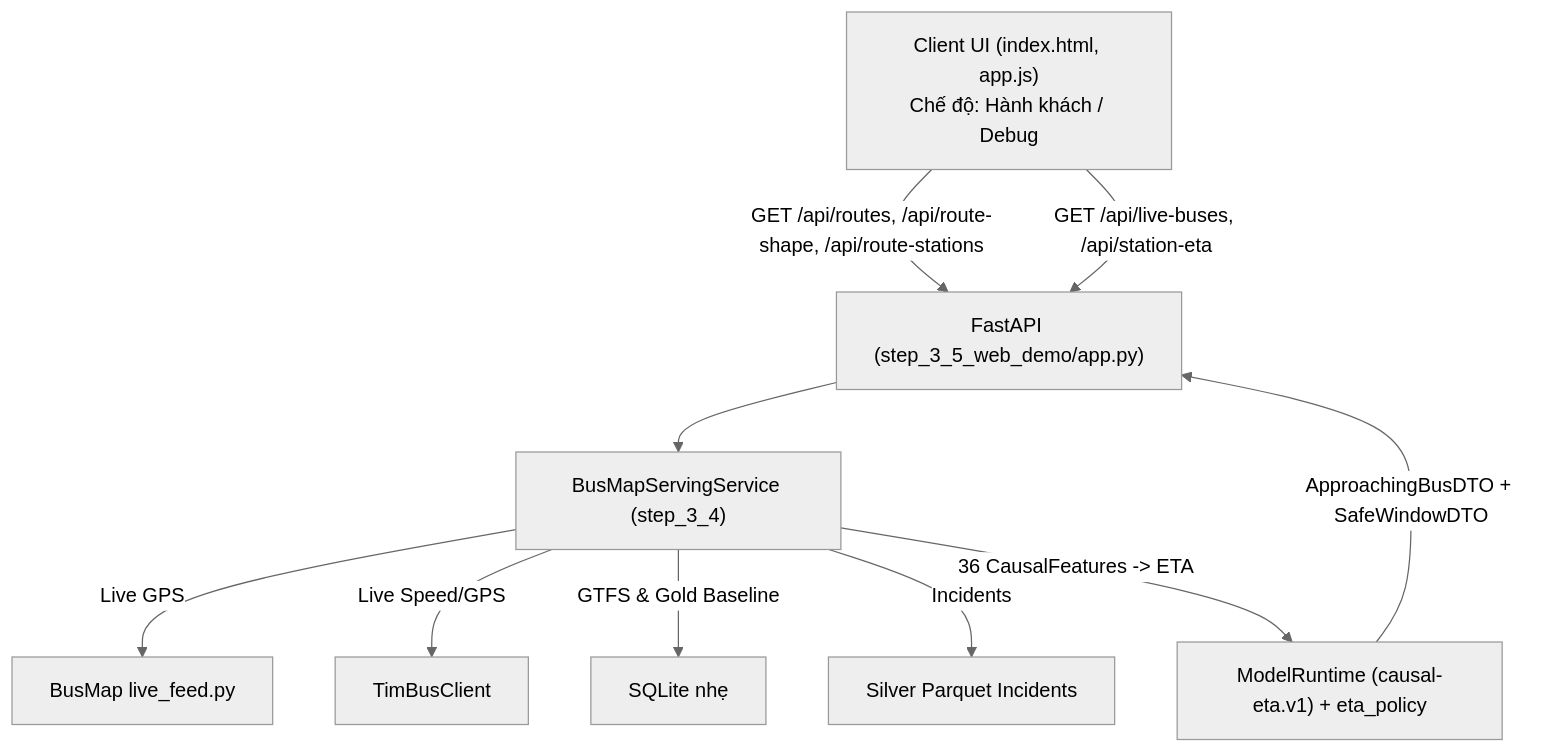
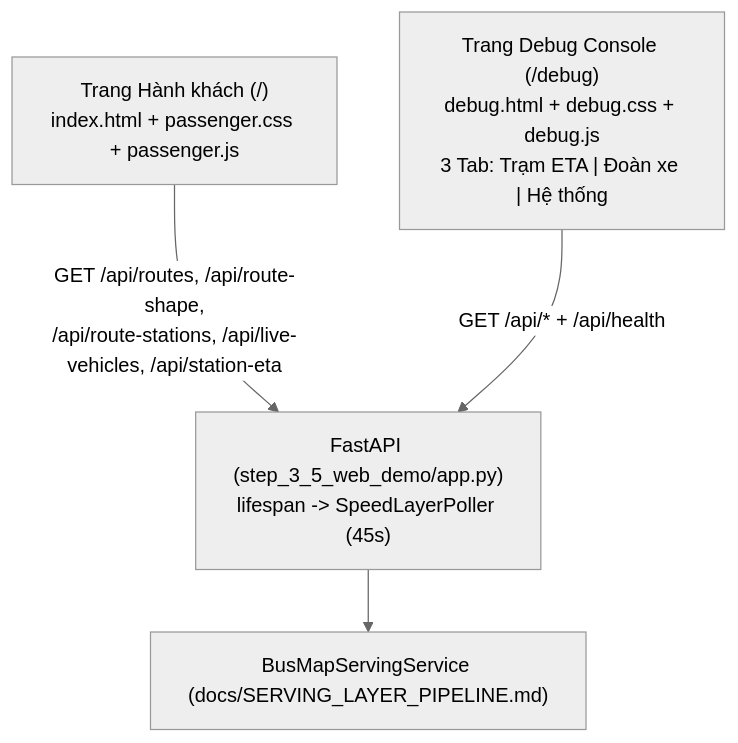
The diagram in docs/DEMO_APP.md (toibinguz/Bus_tracking), drawn with Mermaid (neutral theme) before and after one commit. The commit also changed other lines of this file and 16 other files, not shown here.

Commit message:
docs: standardize Batch/Speed/Serving layer pipelines with separated data and logic flows

````diff
--- a/docs/DEMO_APP.md
+++ b/docs/DEMO_APP.md
@@ -9,12 +10,6 @@
 ```mermaid
 flowchart TD
-    UI["Client UI (index.html, app.js)\nChế độ: Hành khách / Debug"] -->|"GET /api/routes, /api/route-shape, /api/route-stations"| API["FastAPI (step_3_5_web_demo/app.py)"]
-    UI -->|"GET /api/live-buses, /api/station-eta"| API
-    API --> SVC["BusMapServingService (step_3_4)"]
-    SVC -->|"Live GPS"| BM["BusMap live_feed.py"]
-    SVC -->|"Live Speed/GPS"| TB["TimBusClient"]
-    SVC -->|"GTFS & Gold Baseline"| SQL["SQLite nhẹ"]
-    SVC -->|"Incidents"| INC["Silver Parquet Incidents"]
-    SVC -->|"36 CausalFeatures -> ETA"| MR["ModelRuntime (causal-eta.v1) + eta_policy"]
-    MR -->|"ApproachingBusDTO + SafeWindowDTO"| API
+    P["Trang Hành khách (/)\nindex.html + passenger.css + passenger.js"] -->|"GET /api/routes, /api/route-shape,\n/api/route-stations, /api/live-vehicles, /api/station-eta"| API["FastAPI (step_3_5_web_demo/app.py)\nlifespan -> SpeedLayerPoller (45s)"]
+    D["Trang Debug Console (/debug)\ndebug.html + debug.css + debug.js\n3 Tab: Trạm ETA | Đoàn xe | Hệ thống"] -->|"GET /api/* + /api/health"| API
+    API --> SVC["BusMapServingService (docs/SERVING_LAYER_PIPELINE.md)"]
 ```
````
